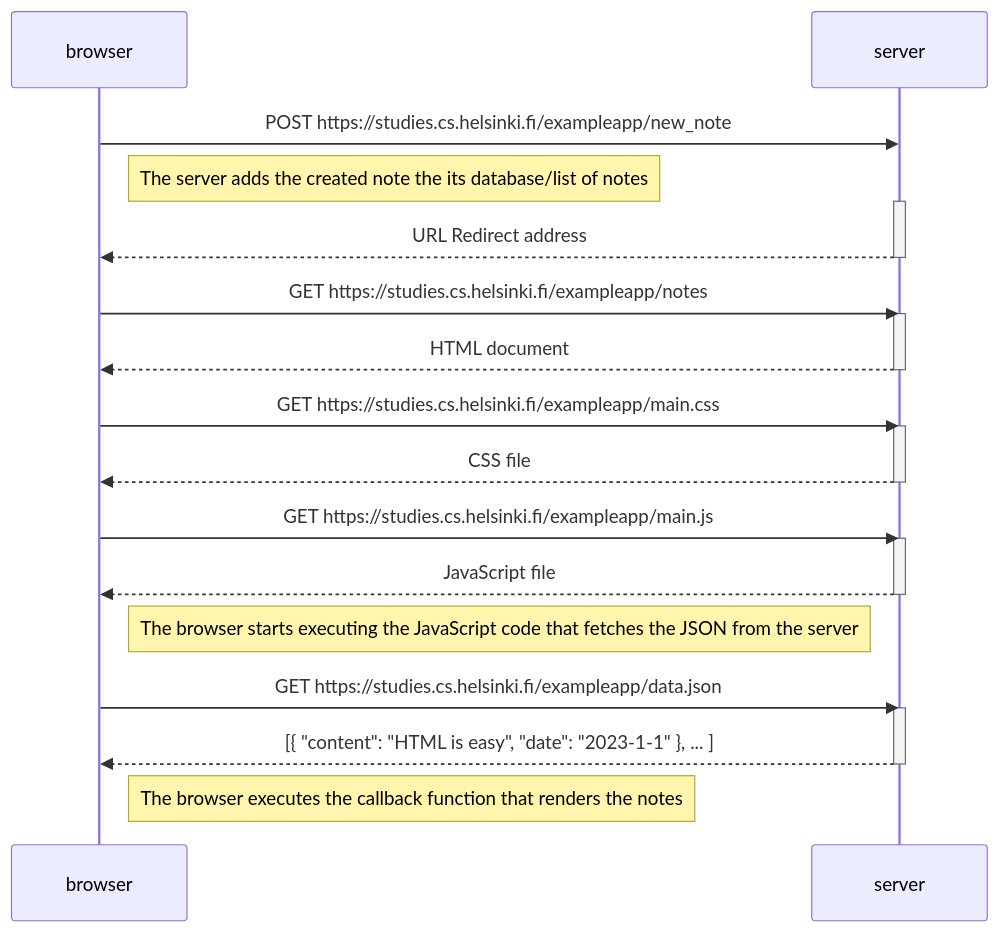
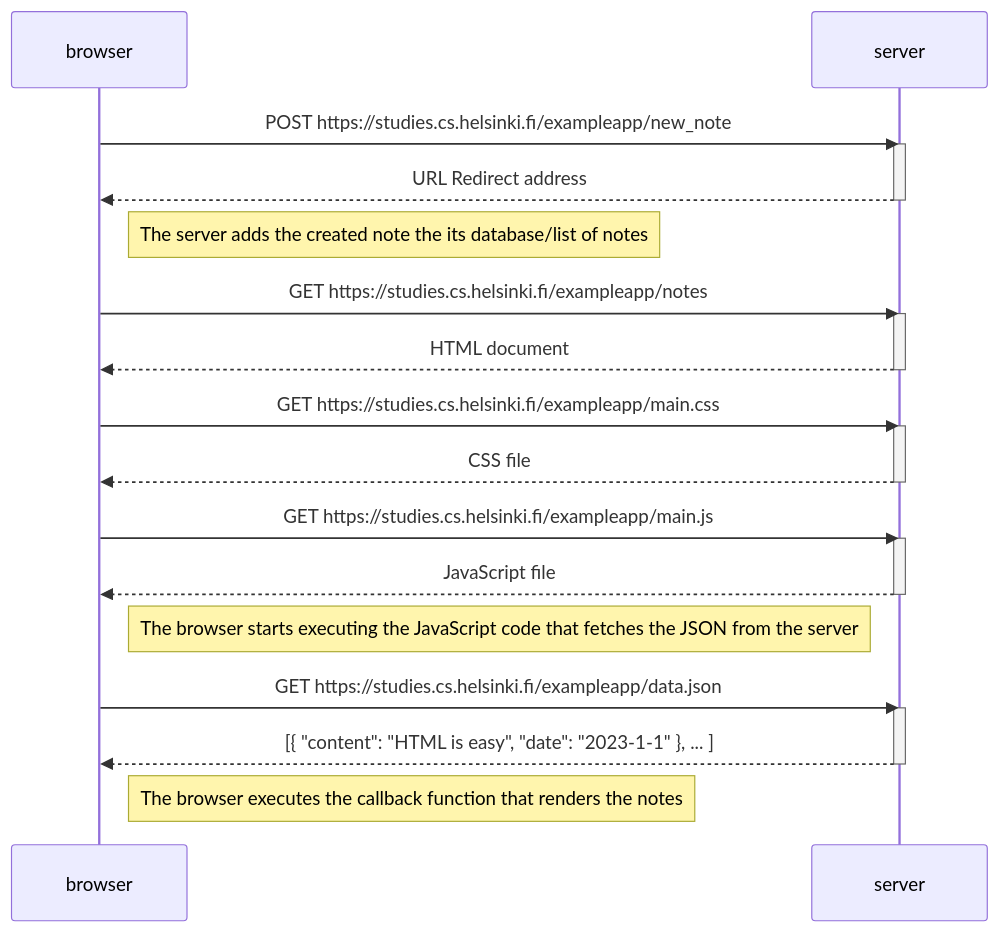
The diagram in part0/New note diagram.md (Fillo16/Full-Stack-Open-Mooc), drawn with Mermaid before and after one commit.

Commit message:
first exercise second solution

````diff
--- a/part0/New note diagram.md
+++ b/part0/New note diagram.md
@@ -1,35 +1,34 @@
 ```mermaid
 sequenceDiagram
     participant browser
     participant server
 
-    browser->>server: POST https://studies.cs.helsinki.fi/exampleapp/new_note
-    Note right of browser: The server adds the created note the its database/list of notes
+    browser->>server: POST https://studies.cs.helsinki.fi/exampleapp/new_note    
     activate server
     server-->>browser: URL Redirect address
     deactivate server
+    Note right of browser: The server adds the created note the its database/list of notes
 
     browser->>server: GET https://studies.cs.helsinki.fi/exampleapp/notes
     activate server
     server-->>browser: HTML document
     deactivate server
 
     browser->>server: GET https://studies.cs.helsinki.fi/exampleapp/main.css
     activate server
     server-->>browser: CSS file
     deactivate server
 
     browser->>server: GET https://studies.cs.helsinki.fi/exampleapp/main.js
     activate server
     server-->>browser: JavaScript file
     deactivate server
-
     Note right of browser: The browser starts executing the JavaScript code that fetches the JSON from the server
 
     browser->>server: GET https://studies.cs.helsinki.fi/exampleapp/data.json
     activate server
     server-->>browser: [{ "content": "HTML is easy", "date": "2023-1-1" }, ... ]
     deactivate server
 
     Note right of browser: The browser executes the callback function that renders the notes
 ```
````
